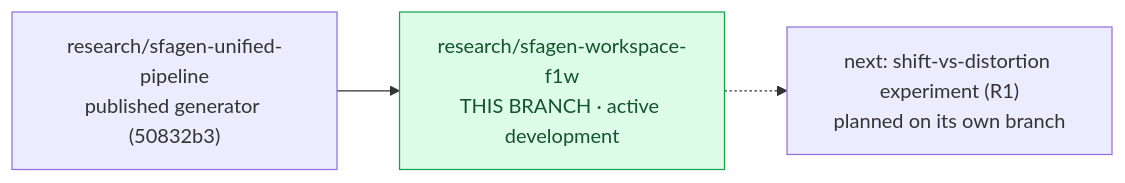
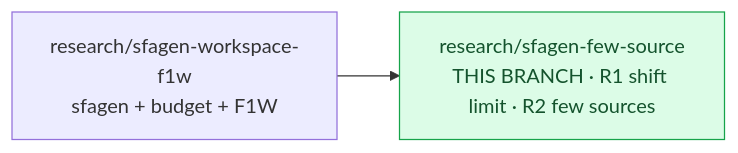
Before and after one commit to StanleyChueh/lerobot_openarm: the diagram in README.md, drawn with Mermaid. The commit also changed other lines of this file, not shown here.

Commit message:
docs: branch README for research/sfagen-few-source (purpose, R1/R2 results, reproduction commands)

````diff
--- a/README.md
+++ b/README.md
@@ -7,7 +7,6 @@
 ```mermaid
 flowchart LR
-    SFAGEN["research/sfagen-unified-pipeline<br/>published generator (50832b3)"] --> THIS["research/sfagen-workspace-f1w<br/>THIS BRANCH · active development"]
-    THIS -.-> NEXTB["next: shift-vs-distortion experiment (R1)<br/>planned on its own branch"]
+    F1W["research/sfagen-workspace-f1w<br/>sfagen + budget + F1W"] --> THIS["research/sfagen-few-source<br/>THIS BRANCH · R1 shift limit · R2 few sources"]
     classDef me fill:#dcfce7,stroke:#16a34a,color:#14532d
     class THIS me
 ```
````
